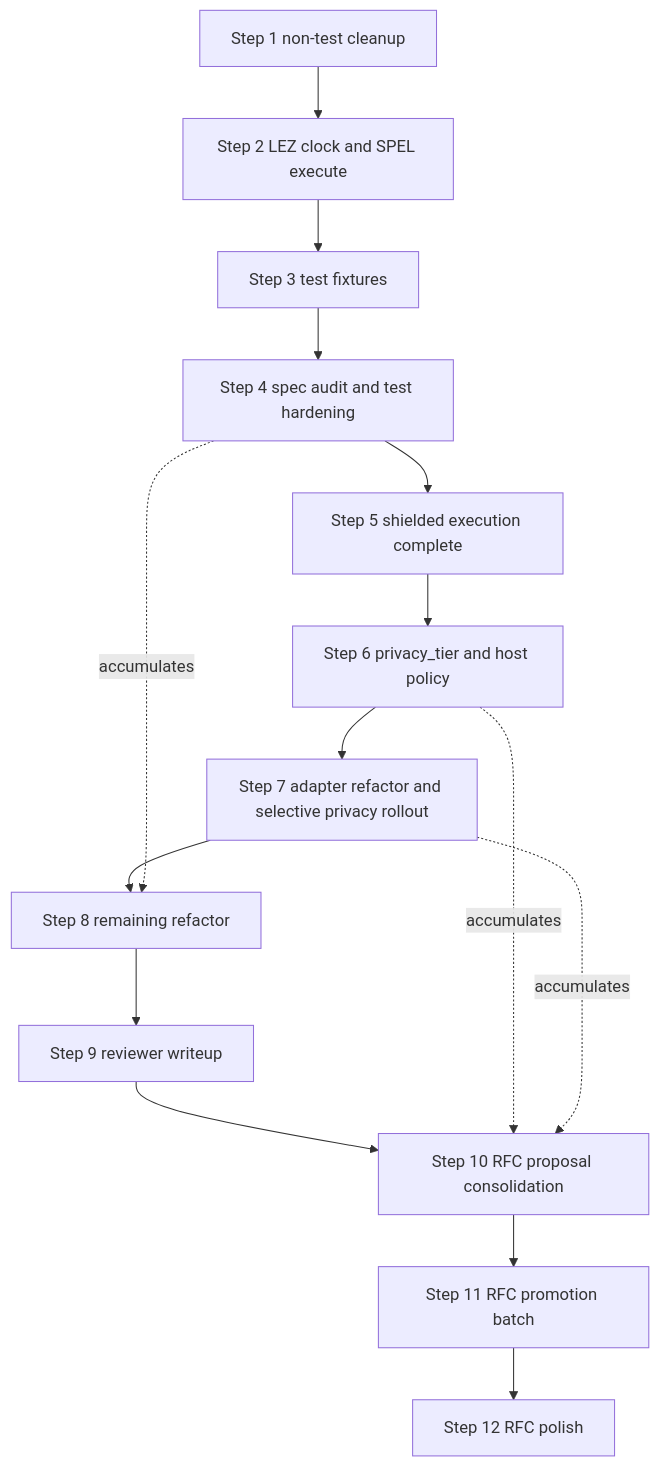
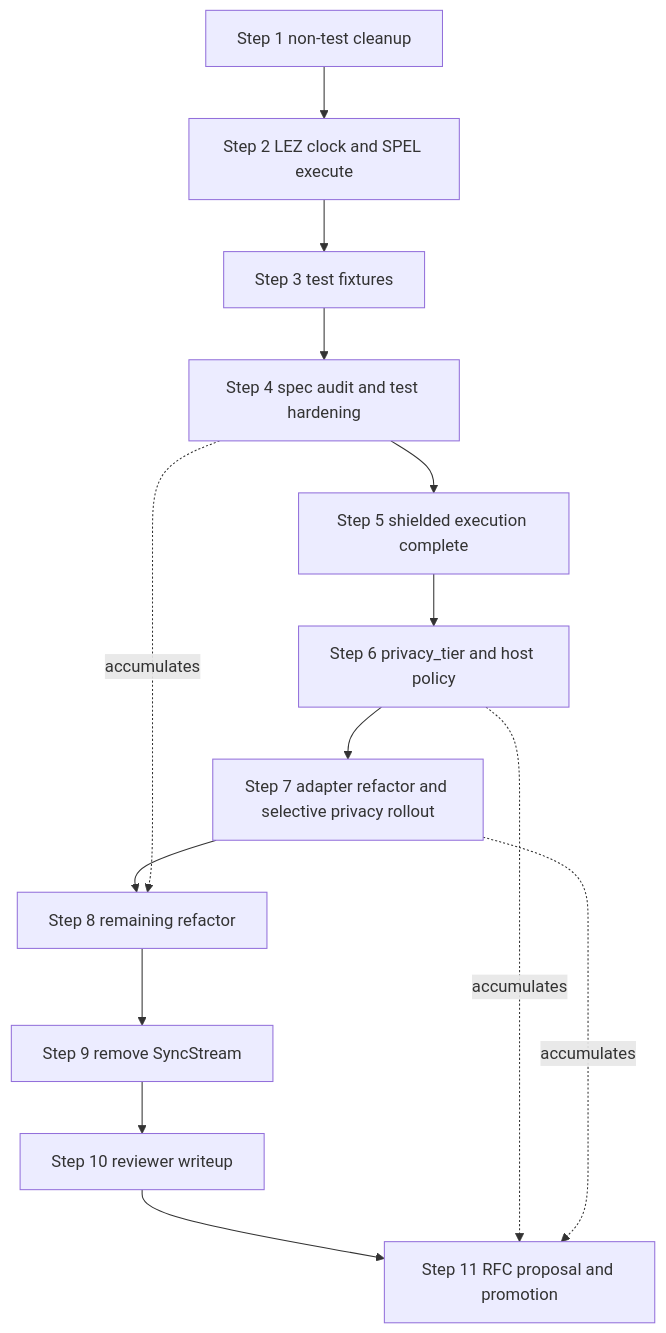
One commit to logos-co/lez-payment-streams changed the diagram in plan.md. Above: the diagram before and after it, drawn with Mermaid. The commit also changed other lines of this file, not shown here.

````diff
--- a/plan.md
+++ b/plan.md
@@ -145,17 +145,16 @@
 ```mermaid
 flowchart TD
     S1[Step 1 non-test cleanup] --> S2[Step 2 LEZ clock and SPEL execute]
     S2 --> S3[Step 3 test fixtures]
     S3 --> S4[Step 4 spec audit and test hardening]
     S4 --> S5[Step 5 shielded execution complete]
     S5 --> S6[Step 6 privacy_tier and host policy]
     S6 --> S7[Step 7 adapter refactor and selective privacy rollout]
     S7 --> S8[Step 8 remaining refactor]
-    S8 --> S9[Step 9 reviewer writeup]
-    S9 --> S10[Step 10 RFC proposal consolidation]
-    S10 --> S11[Step 11 RFC promotion batch]
-    S11 --> S12[Step 12 RFC polish]
+    S8 --> S9[Step 9 remove SyncStream]
+    S9 --> S10[Step 10 reviewer writeup]
+    S10 --> S11[Step 11 RFC proposal and promotion]
     S4 -. accumulates .-> S8
-    S6 -. accumulates .-> S10
-    S7 -. accumulates .-> S10
+    S6 -. accumulates .-> S11
+    S7 -. accumulates .-> S11
 ```
````
